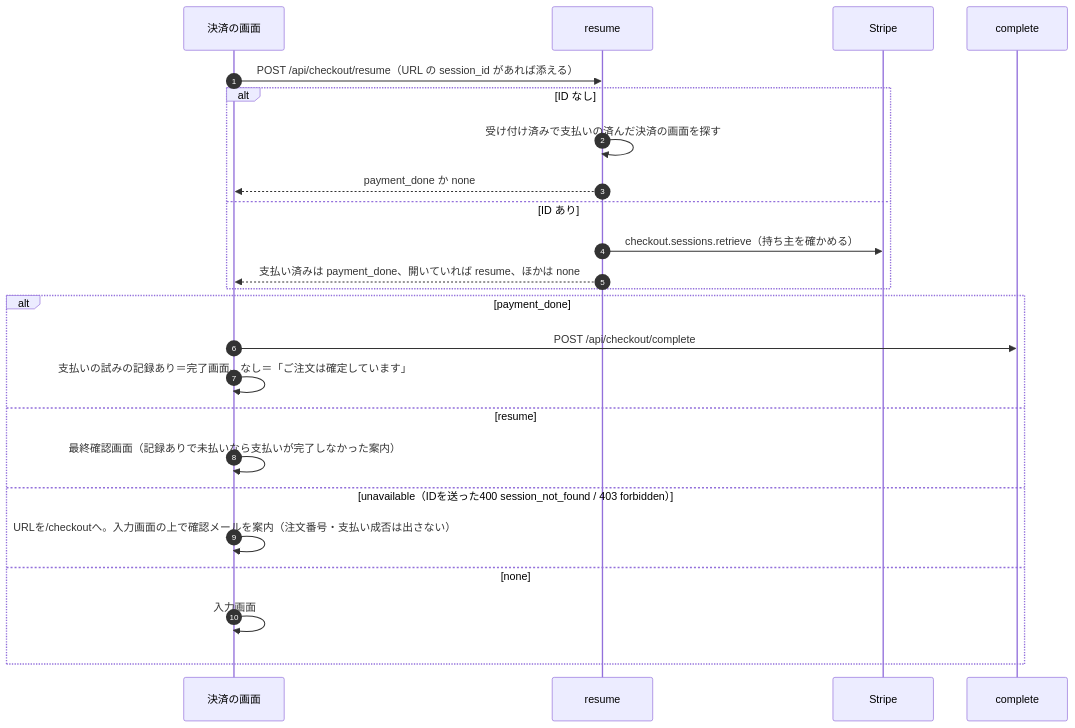
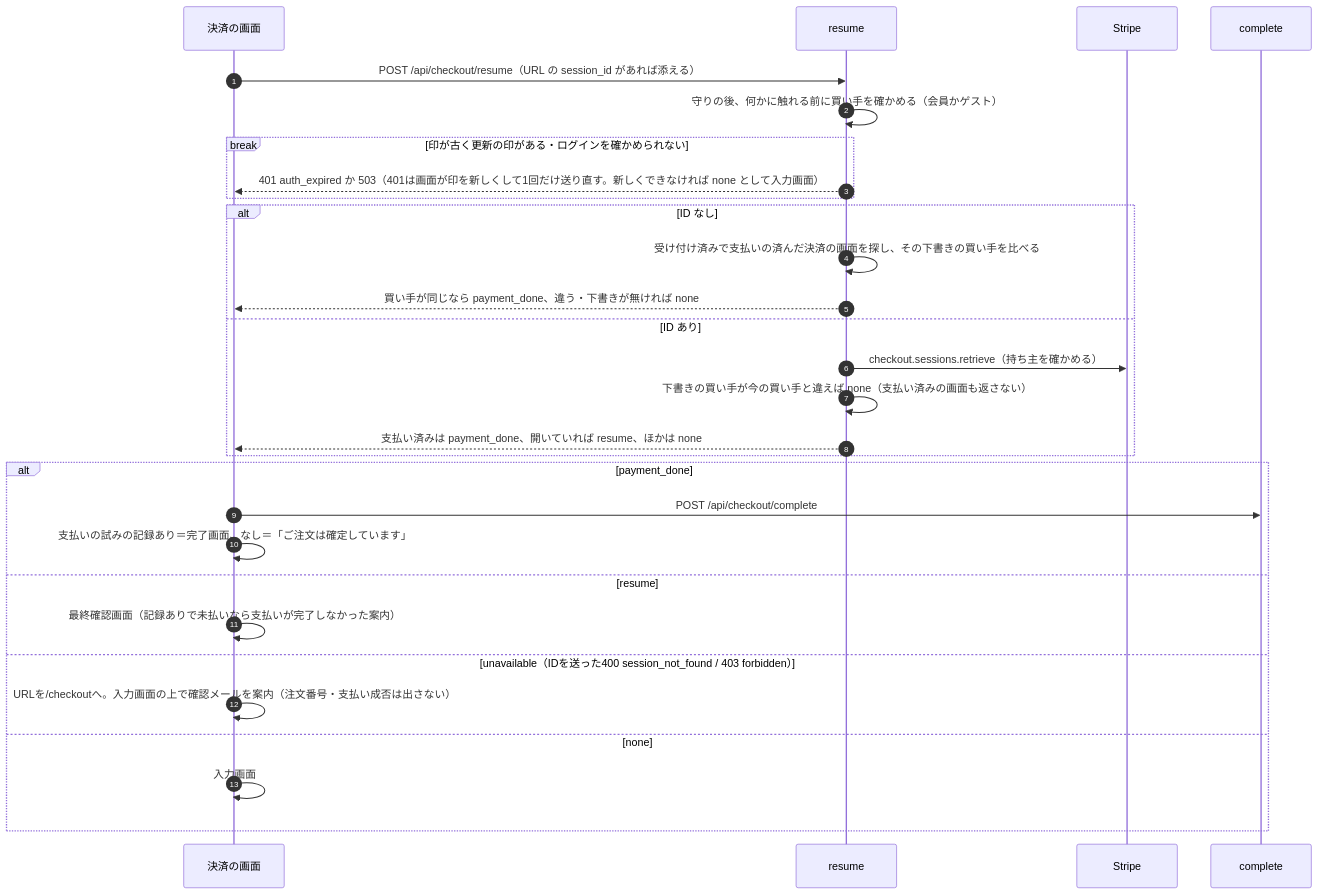
One commit to ChocoWork/o_official changed the third of 5 diagrams in docs/04_DetailDesign/sequence/checkout-payment.md. Above: the diagram before and after it, drawn with Mermaid. The commit also changed other lines of this file and 7 other files, not shown here.

````diff
--- a/docs/04_DetailDesign/sequence/checkout-payment.md
+++ b/docs/04_DetailDesign/sequence/checkout-payment.md
@@ -139,26 +170,31 @@
 ```mermaid
 sequenceDiagram
     autonumber
     participant UI as 決済の画面
     participant R as resume
     participant Stripe as Stripe
     participant C as complete
     UI->>R: POST /api/checkout/resume（URL の session_id があれば添える）
+    R->>R: 守りの後、何かに触れる前に買い手を確かめる（会員かゲスト）
+    break 印が古く更新の印がある・ログインを確かめられない
+        R-->>UI: 401 auth_expired か 503（401は画面が印を新しくして1回だけ送り直す。新しくできなければ none として入力画面）
+    end
     alt ID なし
-        R->>R: 受け付け済みで支払いの済んだ決済の画面を探す
-        R-->>UI: payment_done か none
+        R->>R: 受け付け済みで支払いの済んだ決済の画面を探し、その下書きの買い手を比べる
+        R-->>UI: 買い手が同じなら payment_done、違う・下書きが無ければ none
     else ID あり
         R->>Stripe: checkout.sessions.retrieve（持ち主を確かめる）
+        R->>R: 下書きの買い手が今の買い手と違えば none（支払い済みの画面も返さない）
         R-->>UI: 支払い済みは payment_done、開いていれば resume、ほかは none
     end
     alt payment_done
         UI->>C: POST /api/checkout/complete
         UI->>UI: 支払いの試みの記録あり＝完了画面、なし＝「ご注文は確定しています」
     else resume
         UI->>UI: 最終確認画面（記録ありで未払いなら支払いが完了しなかった案内）
     else unavailable（IDを送った400 session_not_found / 403 forbidden）
         UI->>UI: URLを/checkoutへ。入力画面の上で確認メールを案内（注文番号・支払い成否は出さない）
     else none
         UI->>UI: 入力画面
     end
 ```
````
